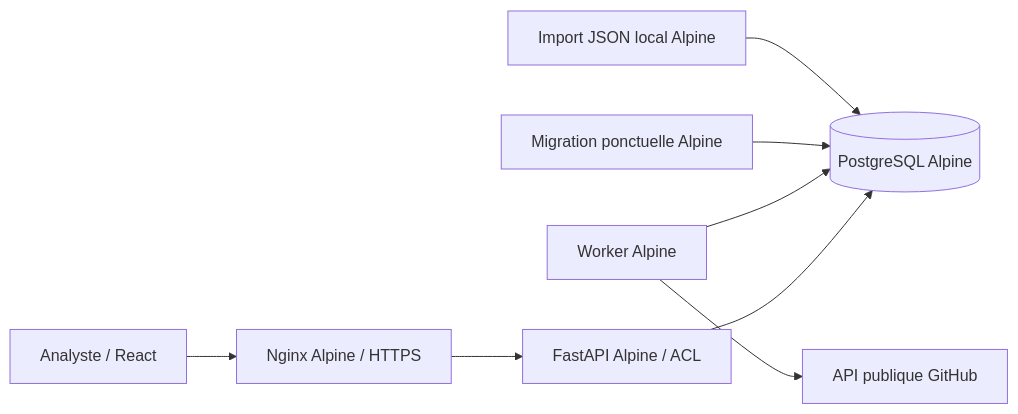
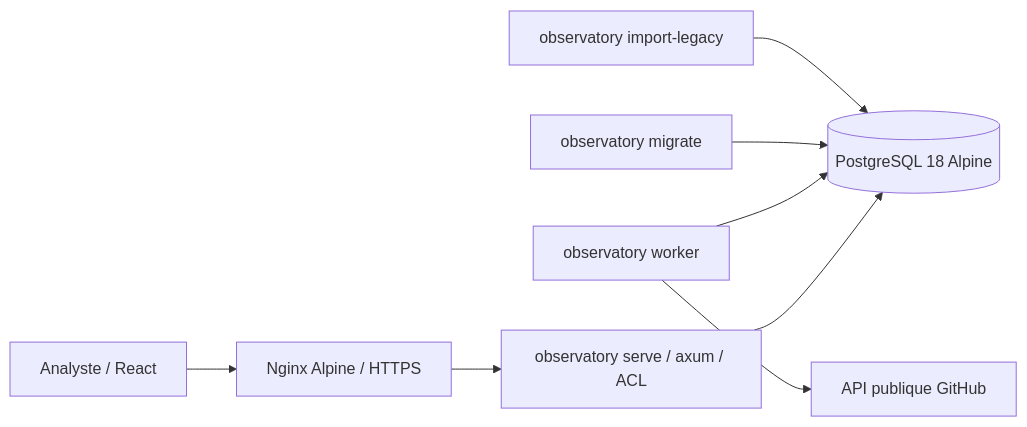
Before and after one commit to Stixaly/github-investigation: the diagram in docs/IMPLEMENTATION.md, drawn with Mermaid. The commit also changed other lines of this file and 2 other files, not shown here.

First line of the commit message:
Tester la démo et l'arrêt du worker, consigner les validations

````diff
--- a/docs/IMPLEMENTATION.md
+++ b/docs/IMPLEMENTATION.md
@@ -7,10 +7,10 @@
 ```mermaid
 flowchart LR
     A[Analyste / React] --> N[Nginx Alpine / HTTPS]
-    N --> F[FastAPI Alpine / ACL]
-    F --> P[(PostgreSQL Alpine)]
-    W[Worker Alpine] --> P
+    N --> F[observatory serve / axum / ACL]
+    F --> P[(PostgreSQL 18 Alpine)]
+    W[observatory worker] --> P
     W --> G[API publique GitHub]
-    M[Migration ponctuelle Alpine] --> P
-    I[Import JSON local Alpine] --> P
+    M[observatory migrate] --> P
+    I[observatory import-legacy] --> P
 ```
````
